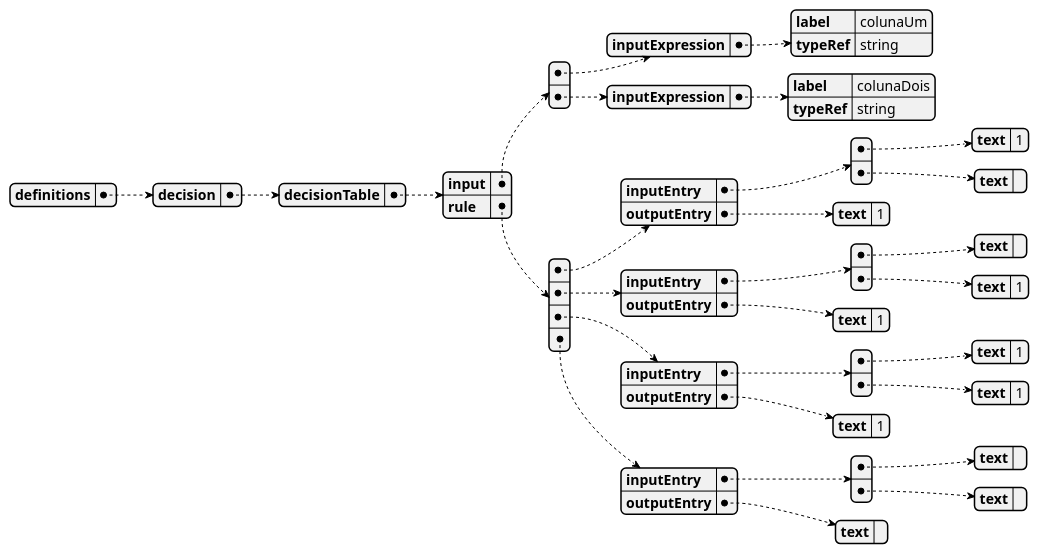
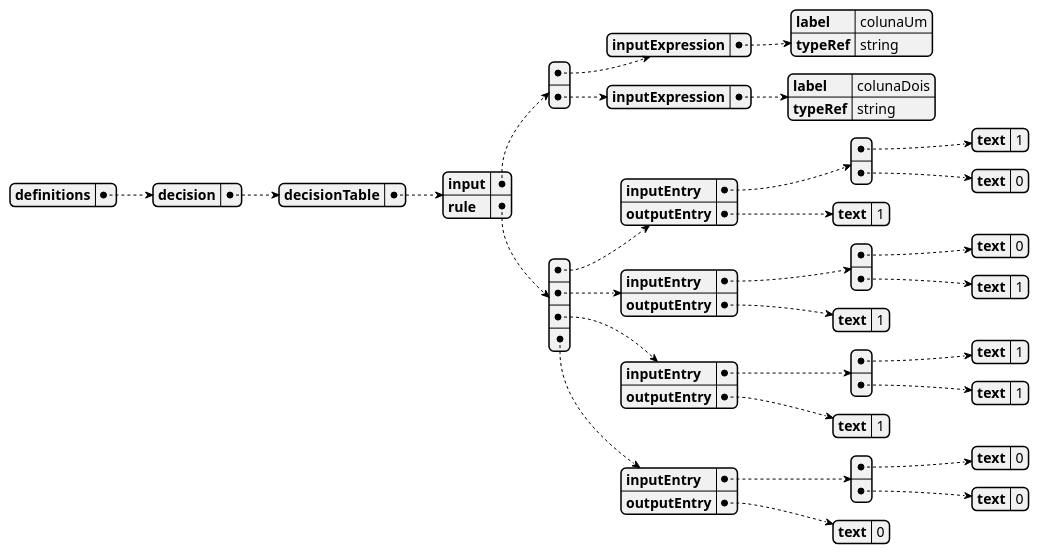
Before and after one commit to GiovaniPM/JDMn: the diagram in ou.puml, drawn with PlantUML. The commit also changed 1 other file, not shown here.

```diff
--- a/ou.puml
+++ b/ou.puml
@@ -1,72 +1,72 @@
 @startjson
 {
     "definitions": {
         "decision": {
             "decisionTable": {
                 "input": [{
                         "inputExpression": {
                             "label": "colunaUm",
                             "typeRef": "string"
                         }
                     },
                     {
                         "inputExpression": {
                             "label": "colunaDois",
                             "typeRef": "string"
                         }
                     }
                 ],
                 "rule": [{
                         "inputEntry": [{
                                 "text": "1"
                             },
                             {
-                                "text": ""
+                                "text": "0"
                             }
                         ],
                         "outputEntry": {
                             "text": "1"
                         }
                     },
                     {
                         "inputEntry": [{
-                                "text": ""
+                                "text": "0"
                             },
                             {
                                 "text": "1"
                             }
                         ],
                         "outputEntry": {
                             "text": "1"
                         }
                     },
                     {
                         "inputEntry": [{
                                 "text": "1"
                             },
                             {
                                 "text": "1"
                             }
                         ],
                         "outputEntry": {
                             "text": "1"
                         }
                     },
                     {
                         "inputEntry": [{
-                                "text": ""
+                                "text": "0"
                             },
                             {
-                                "text": ""
+                                "text": "0"
                             }
                         ],
                         "outputEntry": {
-                            "text": ""
+                            "text": "0"
                         }
                     }
                 ]
             }
         }
     }
 }
 @endjson
```
